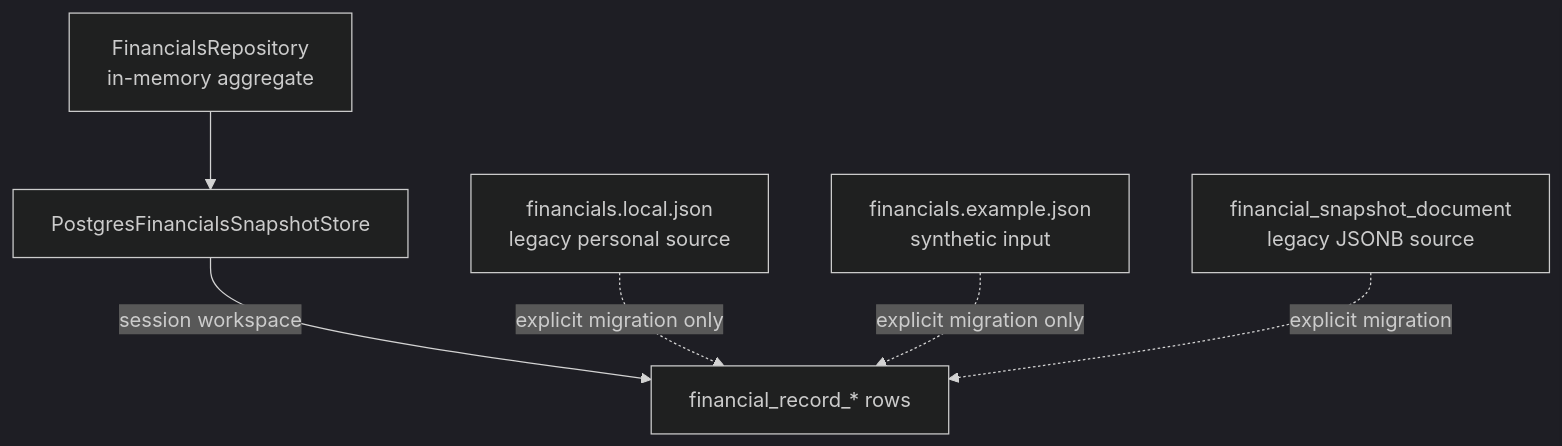
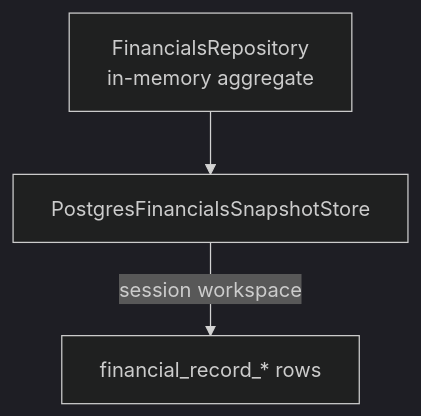
The diagram in docs/database-storage-guide.md (everdein/end-to-end-app), drawn with Mermaid (dark theme) before and after one commit. The commit also changed other lines of this file and 59 other files, not shown here.

First line of the commit message:
Retire legacy JSONB migration path (#37)

````diff
--- a/docs/database-storage-guide.md
+++ b/docs/database-storage-guide.md
@@ -13,8 +13,5 @@
 ```mermaid
 flowchart TD
     Repo["FinancialsRepository<br/>in-memory aggregate"] --> Store["PostgresFinancialsSnapshotStore"]
     Store -->|"session workspace"| Relational["financial_record_* rows"]
-    Local["financials.local.json<br/>legacy personal source"] -. "explicit migration only" .-> Relational
-    Example["financials.example.json<br/>synthetic input"] -. "explicit migration only" .-> Relational
-    Legacy["financial_snapshot_document<br/>legacy JSONB source"] -. "explicit migration" .-> Relational
 ```
````
